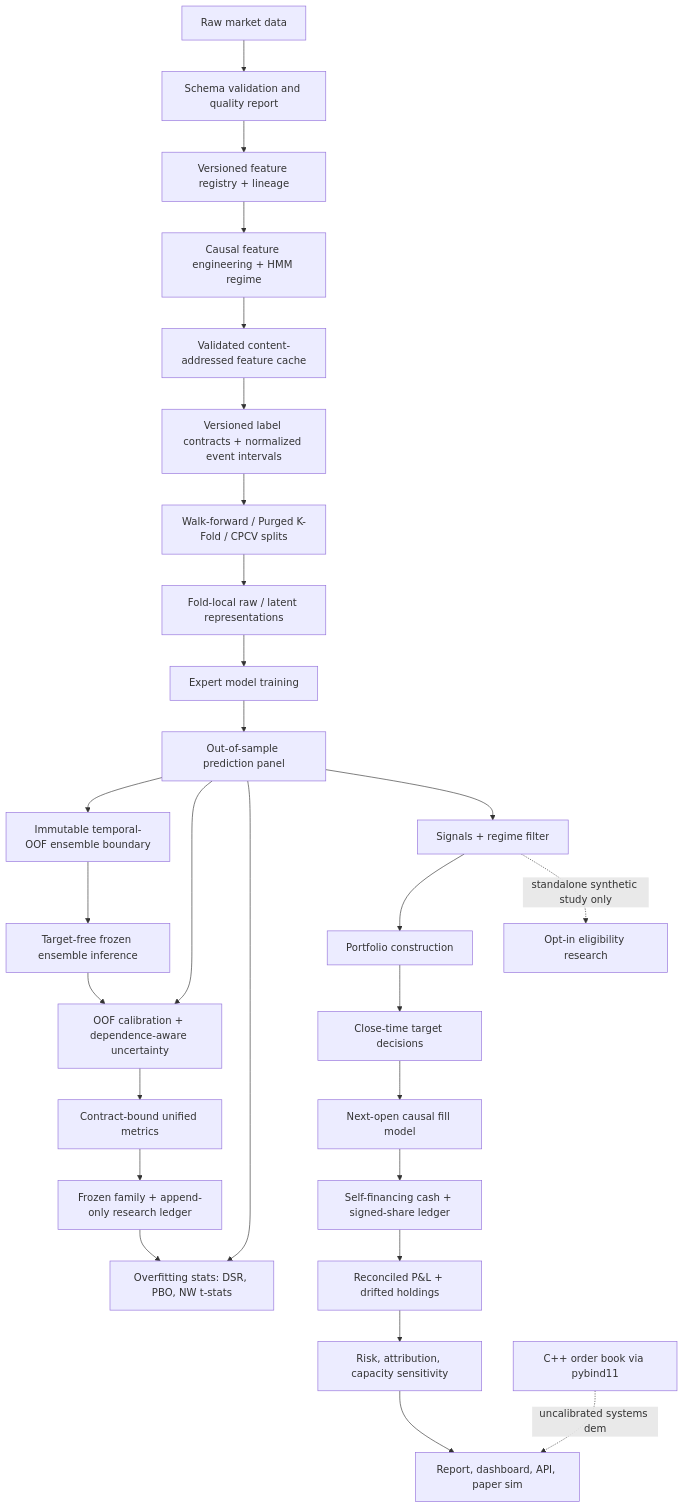
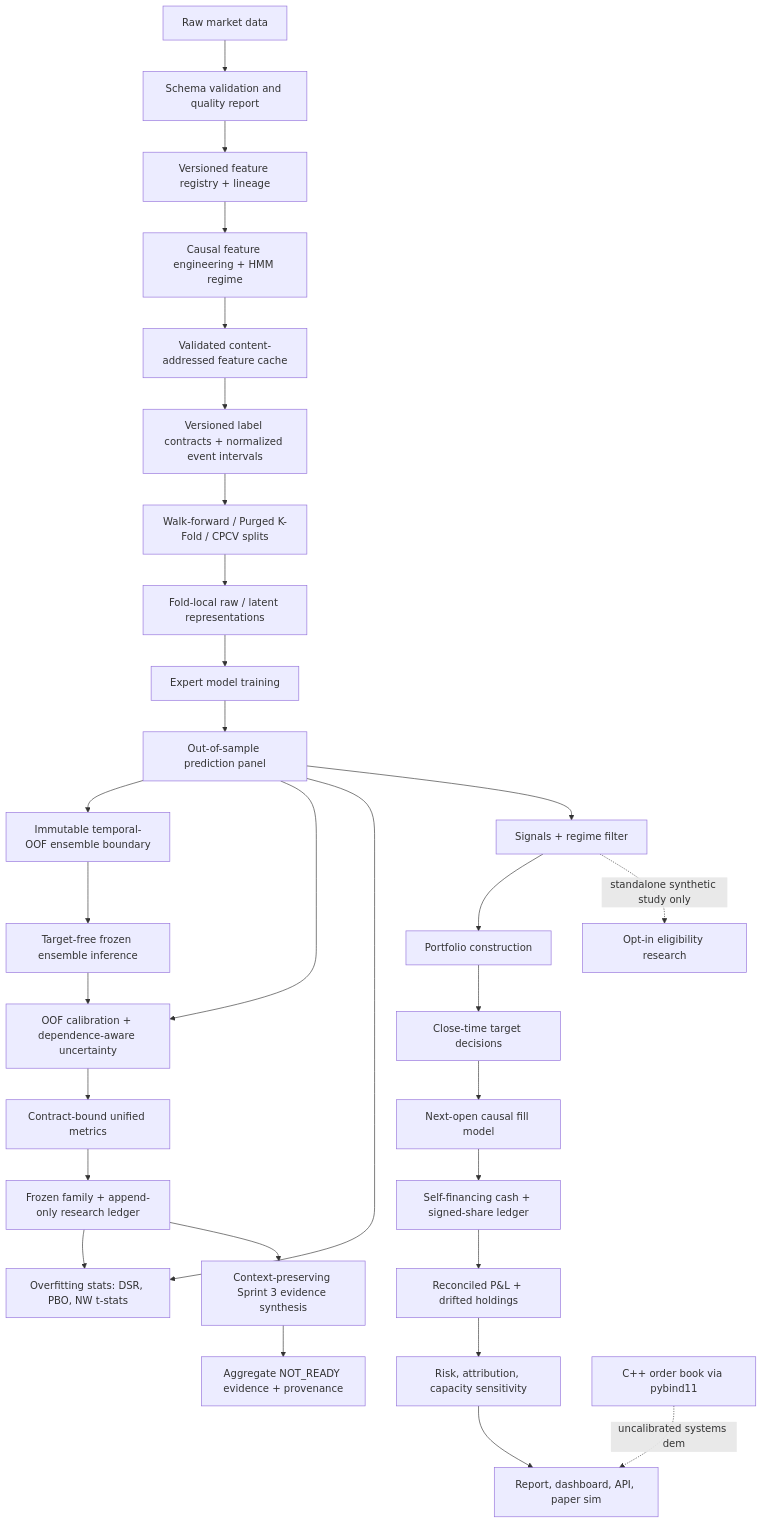
Before and after one commit to srgangaram-swe/AlphaForge: the diagram in docs/architecture.md, drawn with Mermaid. The commit also changed other lines of this file and 7 other files, not shown here.

Commit message:
docs(release): publish Sprint 3 synthesis report

````diff
--- a/docs/architecture.md
+++ b/docs/architecture.md
@@ -5,30 +5,32 @@
 ```mermaid
 flowchart TD
     raw[Raw market data] --> validate[Schema validation and quality report]
     validate --> registry[Versioned feature registry + lineage]
     registry --> features[Causal feature engineering + HMM regime]
     features --> cache[Validated content-addressed feature cache]
     cache --> labels[Versioned label contracts + normalized event intervals]
     labels --> splits[Walk-forward / Purged K-Fold / CPCV splits]
     splits --> representations[Fold-local raw / latent representations]
     representations --> models[Expert model training]
     models --> preds[Out-of-sample prediction panel]
     preds --> ensembles[Immutable temporal-OOF ensemble boundary]
     ensembles --> combined[Target-free frozen ensemble inference]
     combined --> calibration
     preds --> calibration[OOF calibration + dependence-aware uncertainty]
     calibration --> metrics[Contract-bound unified metrics]
     metrics --> governance[Frozen family + append-only research ledger]
     governance --> overfit
+    governance --> synthesis[Context-preserving Sprint 3 evidence synthesis]
+    synthesis --> decisionEvidence[Aggregate NOT_READY evidence + provenance]
     preds --> overfit[Overfitting stats: DSR, PBO, NW t-stats]
     preds --> signals[Signals + regime filter]
     signals --> portfolio[Portfolio construction]
     signals -. standalone synthetic study only .-> eligibility[Opt-in eligibility research]
     portfolio --> orders[Close-time target decisions]
     orders --> execution[Next-open causal fill model]
     execution --> ledger[Self-financing cash + signed-share ledger]
     ledger --> backtest[Reconciled P&L + drifted holdings]
     backtest --> risk[Risk, attribution, capacity sensitivity]
     risk --> outputs[Report, dashboard, API, paper sim]
     native[C++ order book via pybind11] -.uncalibrated systems demo.-> outputs
 ```
````
